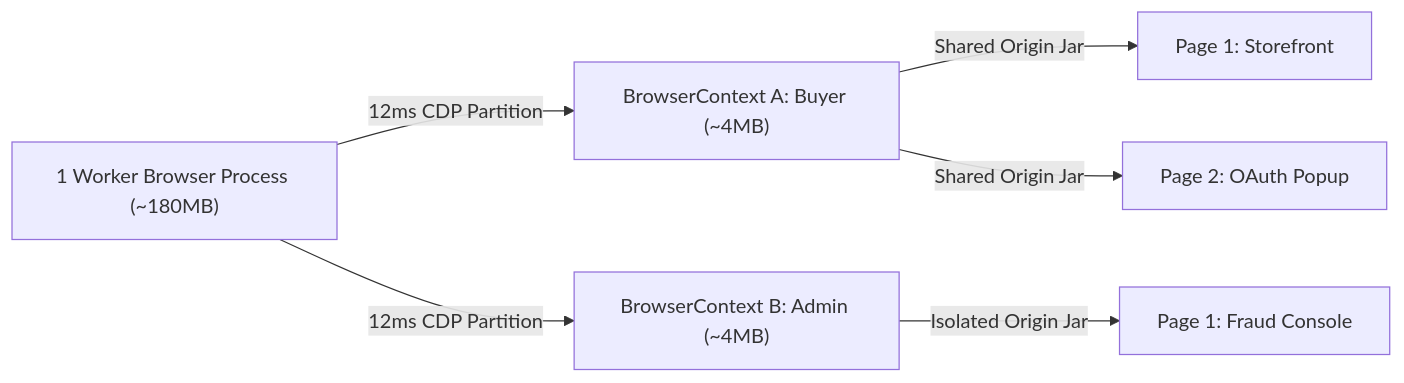
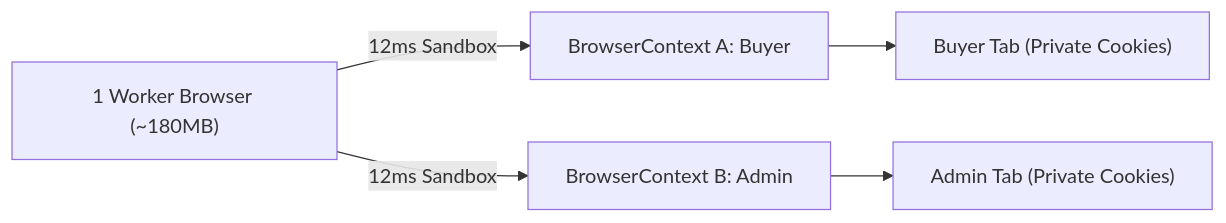
The diagram in knowledgebase/03-ui-automation-playwright/02-browser-processes-vs-browser-context-memory.md (manjunathk833/codingforinterviews), drawn with Mermaid before and after one commit. The commit also changed other lines of this file and 55 other files, not shown here.

````diff
--- a/knowledgebase/03-ui-automation-playwright/02-browser-processes-vs-browser-context-memory.md
+++ b/knowledgebase/03-ui-automation-playwright/02-browser-processes-vs-browser-context-memory.md
@@ -70,7 +97,7 @@
 ```mermaid
 flowchart LR
-  Proc["1 Worker Browser Process (~180MB)"] -->|12ms CDP Partition| CtxA["BrowserContext A: Buyer (~4MB)"]
-  Proc -->|12ms CDP Partition| CtxB["BrowserContext B: Admin (~4MB)"]
-  CtxA -->|Shared Origin Jar| TabA1["Page 1: Storefront"] & TabA2["Page 2: OAuth Popup"]
-  CtxB -->|Isolated Origin Jar| TabB1["Page 1: Fraud Console"]
+  Proc["1 Worker Browser (~180MB)"] -->|12ms Sandbox| CtxA["BrowserContext A: Buyer"]
+  Proc -->|12ms Sandbox| CtxB["BrowserContext B: Admin"]
+  CtxA --> PageA["Buyer Tab (Private Cookies)"]
+  CtxB --> PageB["Admin Tab (Private Cookies)"]
 ```
````
